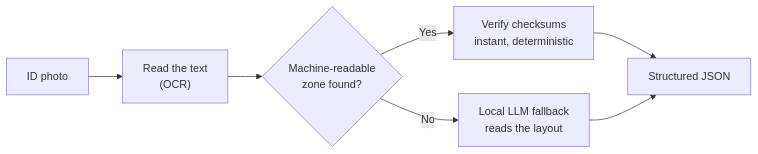
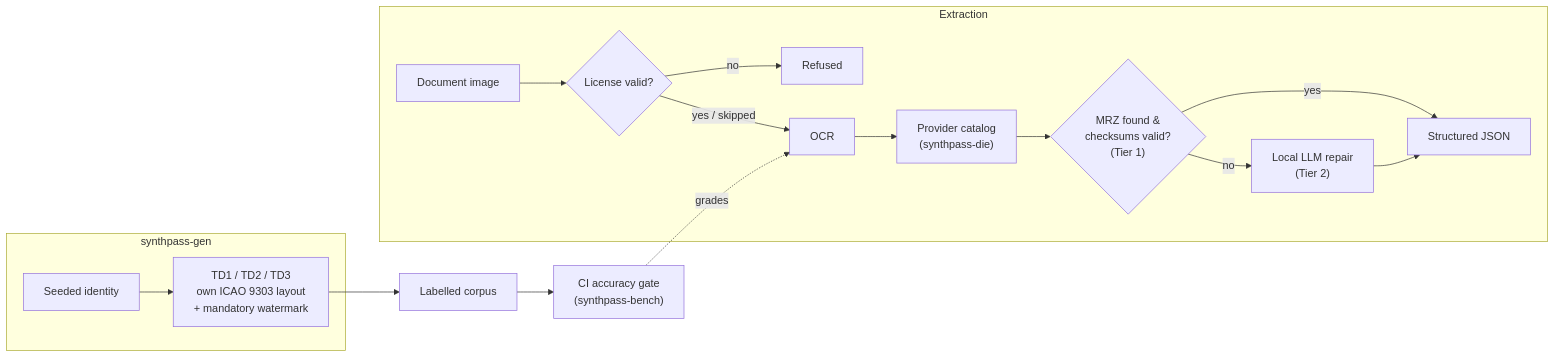
One commit to ruledicaprio/SynthPass changed the diagram in README.md. Above: the diagram before and after it, drawn with Mermaid. The commit also changed other lines of this file and 49 other files, not shown here.

First line of the commit message:
M6: separate TD1/TD2/TD3 at the Tier-1 gate, and fix TD1's lost name line (#124)

````diff
--- a/README.md
+++ b/README.md
@@ -176,9 +95,20 @@
 ```mermaid
 flowchart LR
-    A["ID photo"] --> B["Read the text<br/>(OCR)"]
-    B --> C{"Machine-readable<br/>zone found?"}
-    C -->|"Yes"| D["Verify checksums<br/>instant, deterministic"]
-    C -->|"No"| E["Local LLM fallback<br/>reads the layout"]
-    D --> F["Structured JSON"]
-    E --> F
+    subgraph Generate["synthpass-gen"]
+        ID["Seeded identity"] --> DOC["TD1 / TD2 / TD3<br/>own ICAO 9303 layout<br/>+ mandatory watermark"]
+    end
+    DOC --> CORPUS["Labelled corpus"] --> GATE["CI accuracy gate<br/>(synthpass-bench)"]
+
+    subgraph Extract["Extraction"]
+        IMG["Document image"] --> LICENSE{"License valid?"}
+        LICENSE -- "no" --> REFUSED["Refused"]
+        LICENSE -- "yes / skipped" --> OCR["OCR"]
+        OCR --> CATALOG["Provider catalog<br/>(synthpass-die)"]
+        CATALOG --> TIER1{"MRZ found &<br/>checksums valid?<br/>(Tier 1)"}
+        TIER1 -- "yes" --> JSON["Structured JSON"]
+        TIER1 -- "no" --> TIER2["Local LLM repair<br/>(Tier 2)"]
+        TIER2 --> JSON
+    end
+
+    GATE -.->|"grades"| OCR
 ```
````
